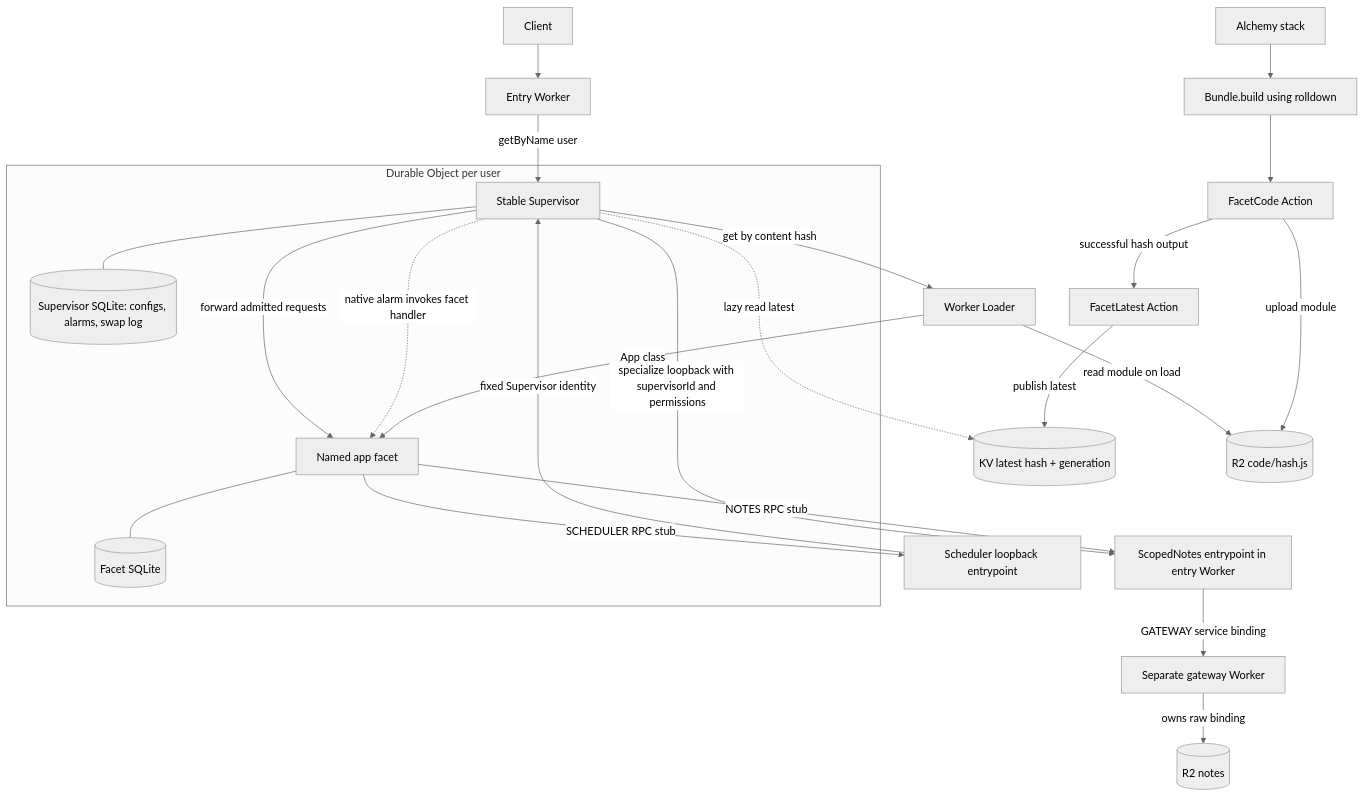
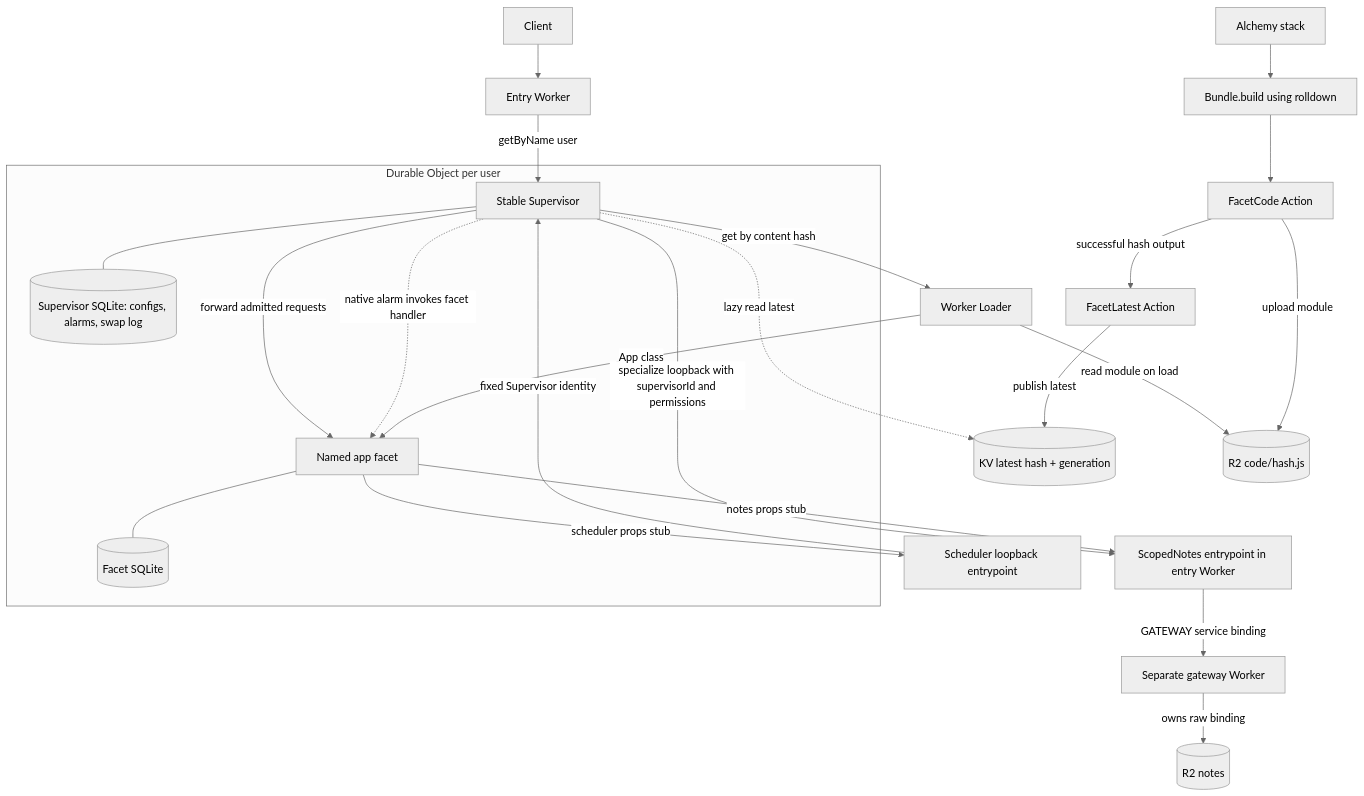
Before and after one commit to boarush/facet-swap: the first of 4 diagrams in docs/ARCHITECTURE.md, drawn with Mermaid (neutral theme). The commit also changed other lines of this file and 6 other files, not shown here.

````diff
--- a/docs/ARCHITECTURE.md
+++ b/docs/ARCHITECTURE.md
@@ -27,26 +27,26 @@
 ```mermaid
 flowchart TB
   C[Client] --> E[Entry Worker]
   E -->|getByName user| S
   subgraph DO[Durable Object per user]
     S[Stable Supervisor] -->|forward admitted requests| F[Named app facet]
     S --- SD[(Supervisor SQLite: configs, alarms, swap log)]
     F --- FD[(Facet SQLite)]
   end
   S -->|specialize loopback with supervisorId and permissions| N[ScopedNotes entrypoint in entry Worker]
   N -->|GATEWAY service binding| G[Separate gateway Worker]
-  F -->|NOTES RPC stub| N
-  F -->|SCHEDULER RPC stub| A[Scheduler loopback entrypoint]
+  F -->|notes props stub| N
+  F -->|scheduler props stub| A[Scheduler loopback entrypoint]
   A -->|fixed Supervisor identity| S
   S -.->|native alarm invokes facet handler| F
   G -->|owns raw binding| NOTES[(R2 notes)]
   S -.->|lazy read latest| KV[(KV latest hash + generation)]
   S -->|get by content hash| L[Worker Loader]
   L -->|read module on load| R2[(R2 code/hash.js)]
   L -->|App class| F
   STACK[Alchemy stack] --> B[Bundle.build using rolldown]
   B --> U[FacetCode Action]
   U -->|upload module| R2
   U -->|successful hash output| P[FacetLatest Action]
   P -->|publish latest| KV
 ```
````
